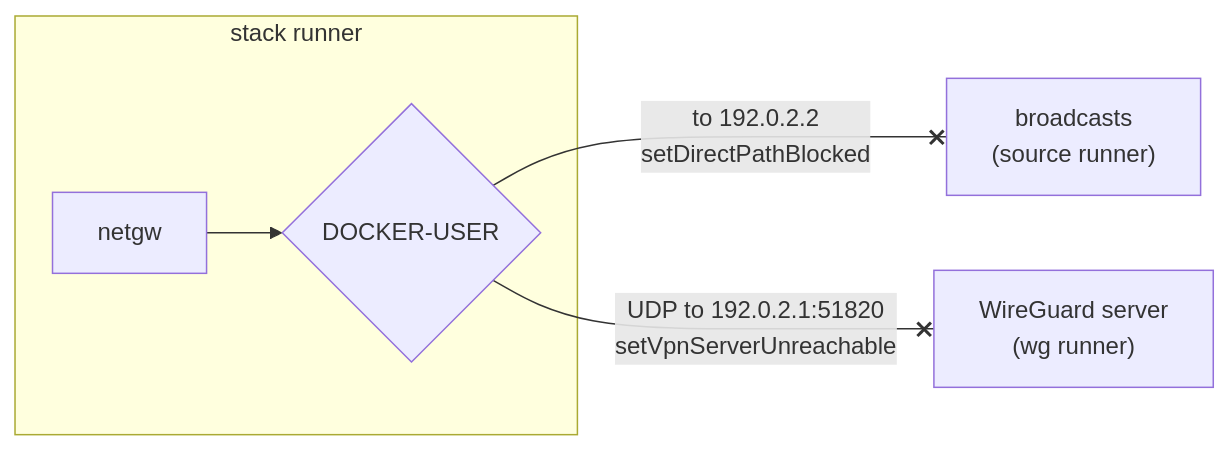
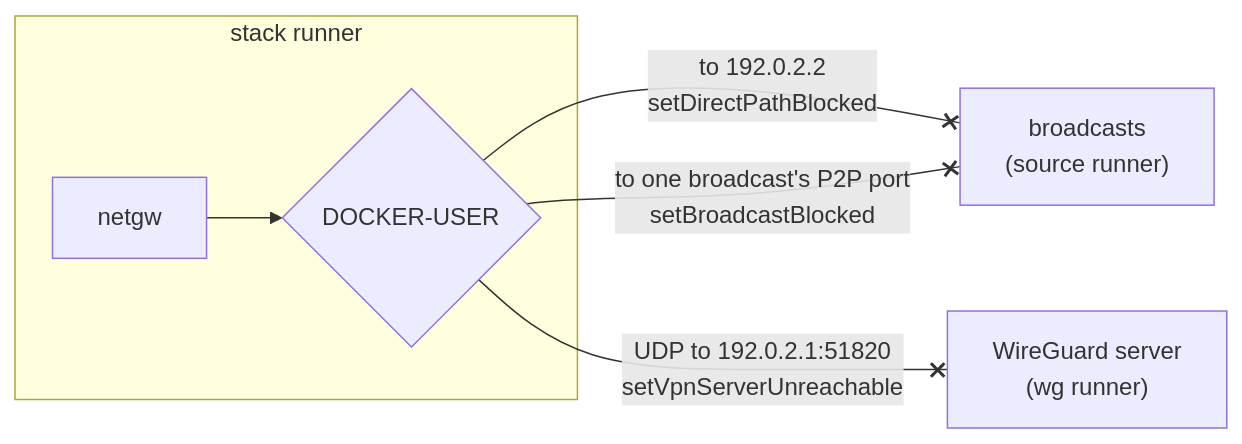
The second of 11 diagrams in e2e/README.md (sergimn/AceSwarm), drawn with Mermaid before and after one commit. The commit also changed other lines of this file and 9 other files, not shown here.

````diff
--- a/e2e/README.md
+++ b/e2e/README.md
@@ -59,8 +59,9 @@
 ```mermaid
 flowchart LR
   subgraph stack["stack runner"]
     G[netgw] --> FW{"DOCKER-USER"}
   end
   FW -- "to 192.0.2.2<br/>setDirectPathBlocked" --x S["broadcasts<br/>(source runner)"]
   FW -- "UDP to 192.0.2.1:51820<br/>setVpnServerUnreachable" --x V["WireGuard server<br/>(wg runner)"]
+  FW -- "to one broadcast's P2P port<br/>setBroadcastBlocked" --x S
 ```
````
